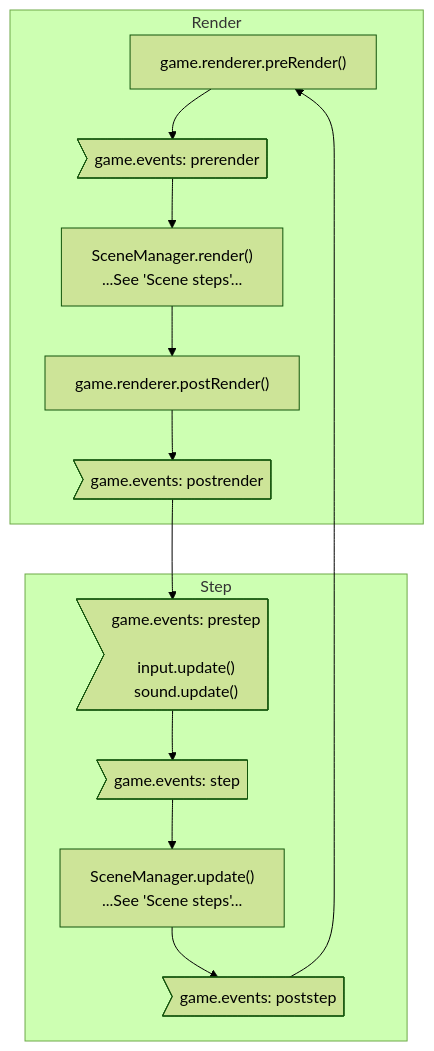
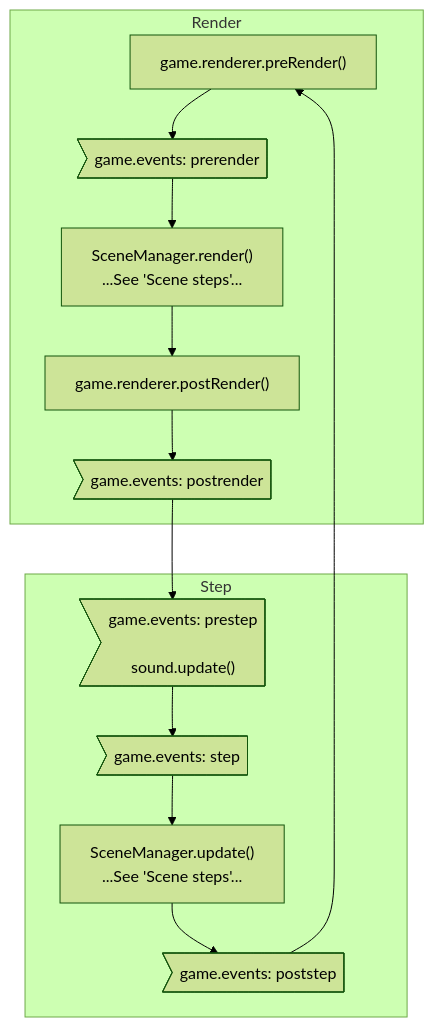
Before and after one commit to rexrainbow/phaser3-rex-notes: the first of 2 diagrams in docs/docs/mainloop.md, drawn with Mermaid (forest theme). The commit also changed other lines of this file and 189 other files, not shown here.

````diff
--- a/docs/docs/mainloop.md
+++ b/docs/docs/mainloop.md
@@ -80,29 +79,29 @@
 ```mermaid
 graph TB
 
 subgraph Render
 GameRenderPreRender["game.renderer.preRender()"]
 GameEventPreRender>"game.events: prerender"]
 SceneManagerRender["SceneManager.render()<br>...See 'Scene steps'..."]
 GameRenderPostRender["game.renderer.postRender()"]
 GameEventPostRender>"game.events: postrender"]
 end
 
 subgraph Step
-GameEventPreStep>"game.events: prestep<br><br>input.update()<br>sound.update()"]
+GameEventPreStep>"game.events: prestep<br><br>sound.update()"]
 GameEventStep>"game.events: step"]
 SceneManagerUpdate["SceneManager.update()<br>...See 'Scene steps'..."]
 GameEventPostStep>"game.events: poststep"]
 end
 
 
 GameEventPreStep --> GameEventStep
 GameEventStep --> SceneManagerUpdate
 SceneManagerUpdate --> GameEventPostStep
 GameEventPostStep --> GameRenderPreRender
 GameRenderPreRender --> GameEventPreRender
 GameEventPreRender --> SceneManagerRender
 SceneManagerRender --> GameRenderPostRender
 GameRenderPostRender --> GameEventPostRender
 GameEventPostRender --> GameEventPreStep
 ```
````
